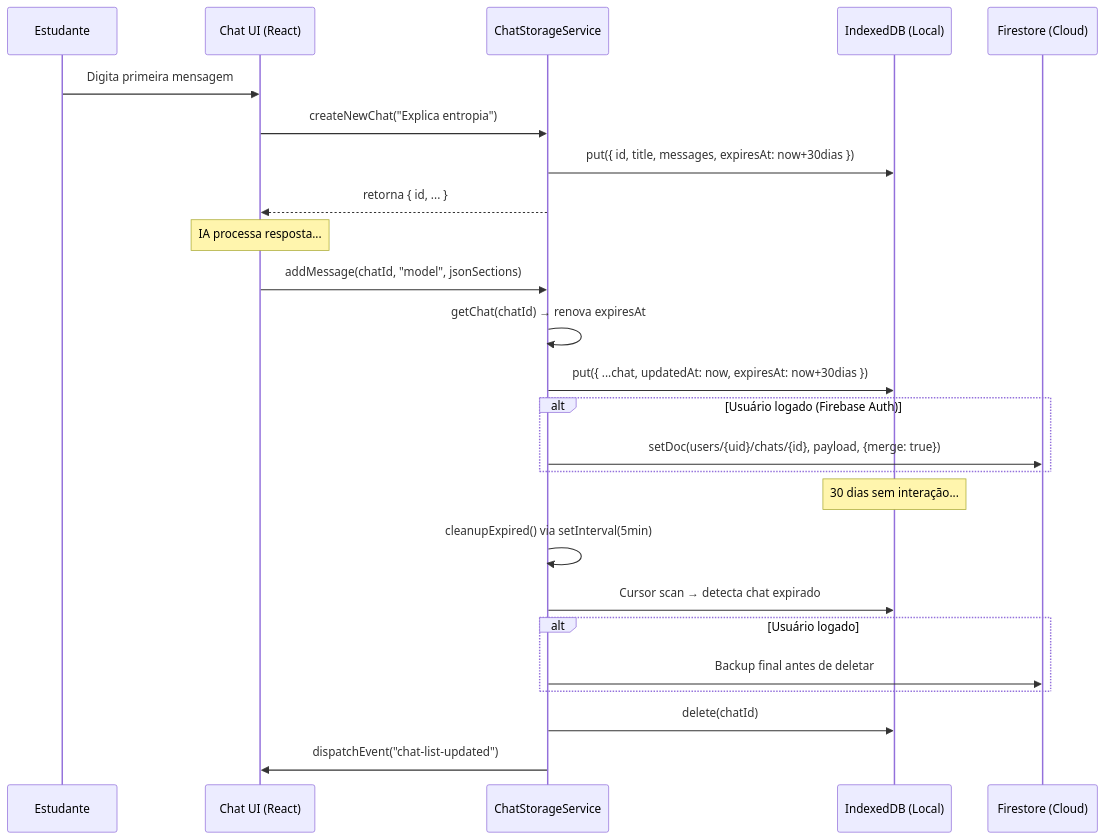
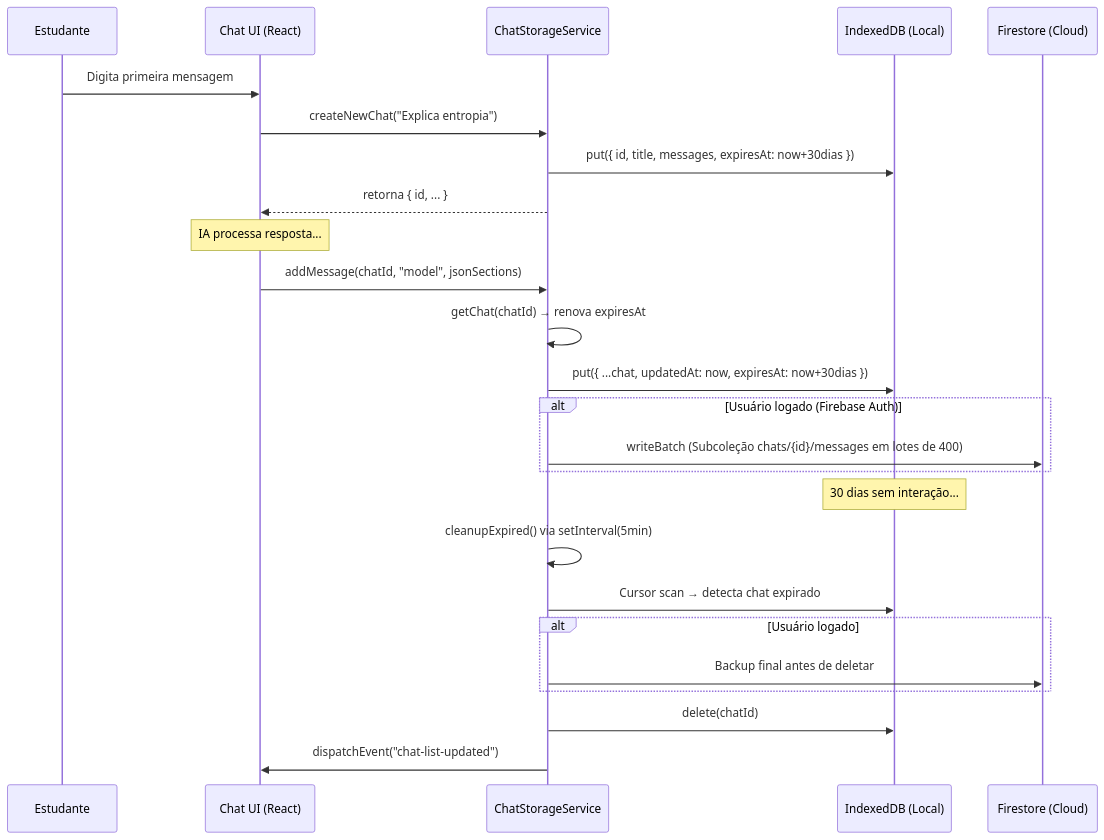
The diagram in docs/memoria/chat-storage.md (TouchRefletz/maia.edu), drawn with Mermaid before and after one commit. The commit also changed 306 other files, not shown here.

````diff
--- a/docs/memoria/chat-storage.md
+++ b/docs/memoria/chat-storage.md
@@ -68,35 +68,35 @@
 ```mermaid
 sequenceDiagram
     participant U as Estudante
     participant UI as Chat UI (React)
     participant CS as ChatStorageService
     participant IDB as IndexedDB (Local)
     participant FS as Firestore (Cloud)
 
     U->>UI: Digita primeira mensagem
     UI->>CS: createNewChat("Explica entropia")
     CS->>IDB: put({ id, title, messages, expiresAt: now+30dias })
     CS-->>UI: retorna { id, ... }
 
     Note over UI: IA processa resposta...
 
     UI->>CS: addMessage(chatId, "model", jsonSections)
     CS->>CS: getChat(chatId) → renova expiresAt
     CS->>IDB: put({ ...chat, updatedAt: now, expiresAt: now+30dias })
 
     alt Usuário logado (Firebase Auth)
-        CS->>FS: setDoc(users/{uid}/chats/{id}, payload, {merge: true})
+        CS->>FS: writeBatch (Subcoleção chats/{id}/messages em lotes de 400)
     end
 
     Note over IDB: 30 dias sem interação...
 
     CS->>CS: cleanupExpired() via setInterval(5min)
     CS->>IDB: Cursor scan → detecta chat expirado
 
     alt Usuário logado
         CS->>FS: Backup final antes de deletar
     end
 
     CS->>IDB: delete(chatId)
     CS->>UI: dispatchEvent("chat-list-updated")
 ```
````
